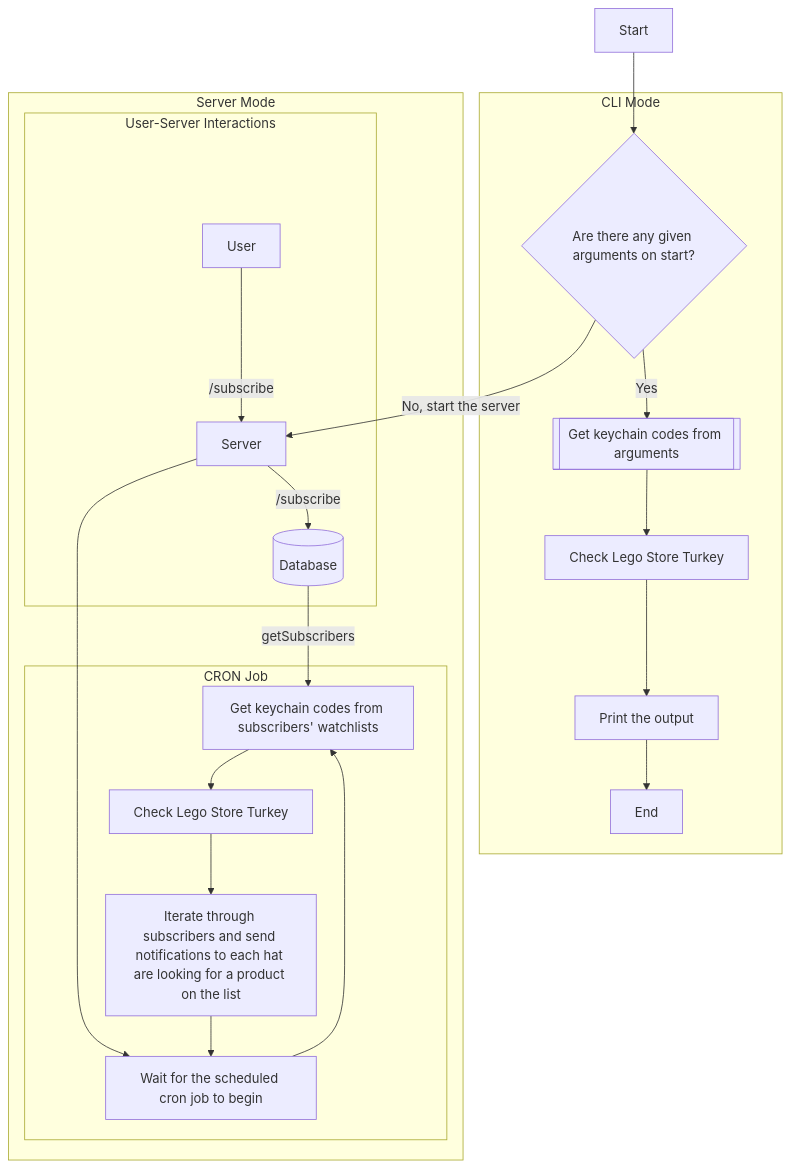
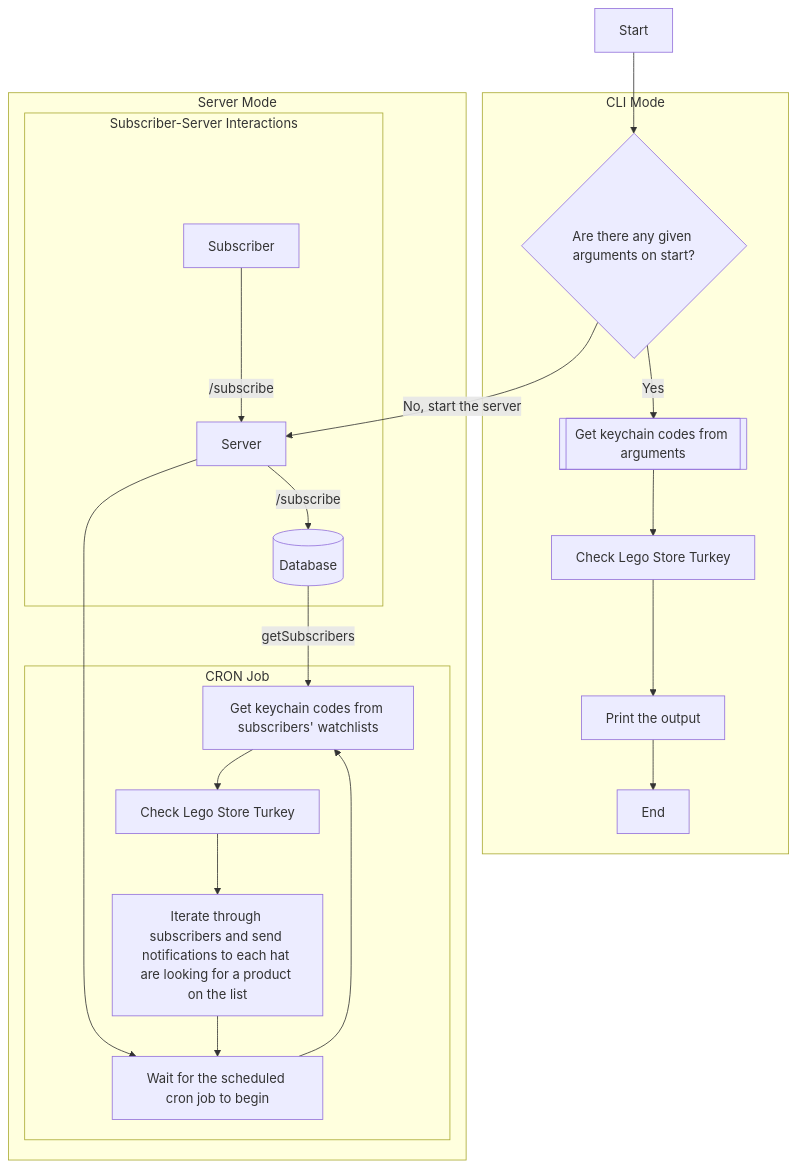
One commit to yussufbiyik/lego-store-stock-checker changed the first of 2 diagrams in readme.md. Above: the diagram before and after it, drawn with Mermaid. The commit also changed other lines of this file and 4 other files, not shown here.

````diff
--- a/readme.md
+++ b/readme.md
@@ -10,25 +10,25 @@
 ```mermaid
 graph TD;
     A[Start] --> B{Are there any given arguments on start?}
     subgraph CLI Mode
     B --> |Yes| C[[Get keychain codes from arguments]]
     C --> D[Check Lego Store Turkey]
     D --> L[Print the output]
     L --> M[End]
     end
     subgraph Server Mode
     B --> |No, start the server| E[Server]
-    subgraph User-Server Interactions
-    F[User] --> |/subscribe| E
+    subgraph Subscriber-Server Interactions
+    F[Subscriber] --> |/subscribe| E
     E --> |/subscribe| I[(Database)]
     end
     subgraph CRON Job
     E --> G[Wait for the scheduled cron job to begin]
     G --> J[Get keychain codes from subscribers' watchlists]
     I --> |getSubscribers| J
     J --> N[Check Lego Store Turkey]
     N --> K[Iterate through subscribers and send notifications to each hat are looking for a product on the list]
     K --> G
     end
     end
 ```
````
